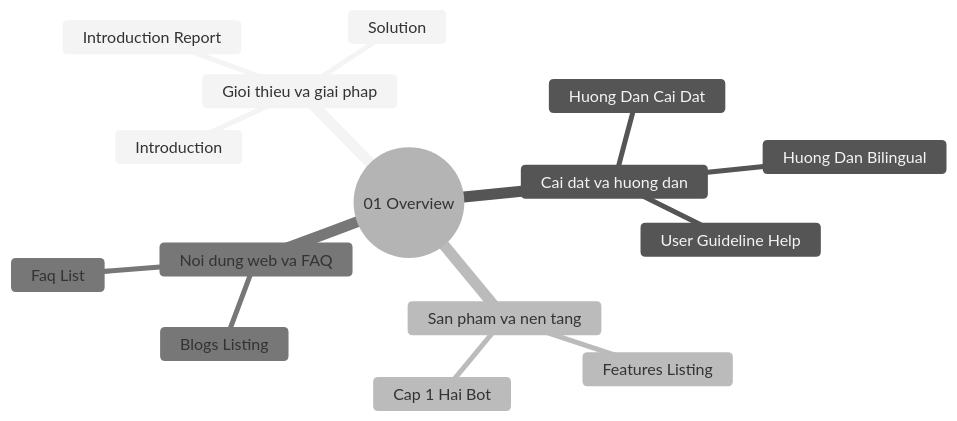
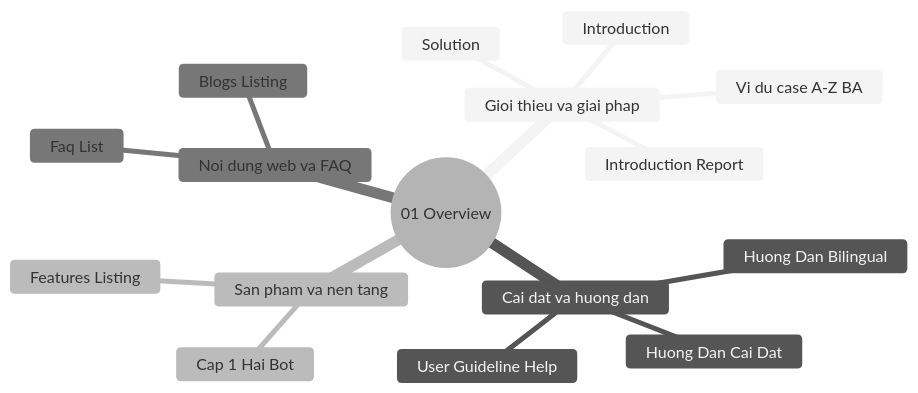
Before and after one commit to vntayemm/demo-chatbot: the diagram in docs/content/01-overview/index.md, drawn with Mermaid (neutral theme). The commit also changed other lines of this file and 12 other files, not shown here.

````diff
--- a/docs/content/01-overview/index.md
+++ b/docs/content/01-overview/index.md
@@ -23,18 +24,19 @@
 ```mermaid
 mindmap
   root((01 Overview))
     Gioi thieu va giai phap
       Introduction
       Introduction Report
+      Vi du case A-Z BA
       Solution
     Cai dat va huong dan
       Huong Dan Cai Dat
       Huong Dan Bilingual
       User Guideline Help
     San pham va nen tang
       Cap 1 Hai Bot
       Features Listing
     Noi dung web va FAQ
       Blogs Listing
       Faq List
 ```
````
